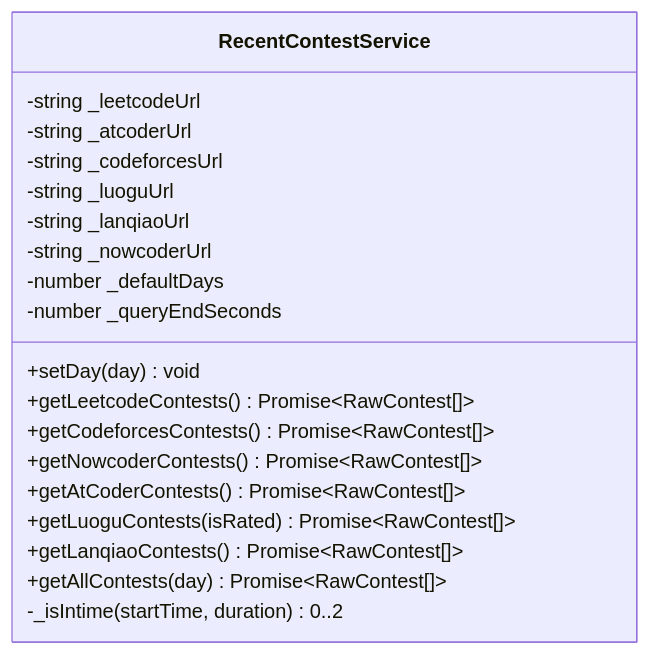
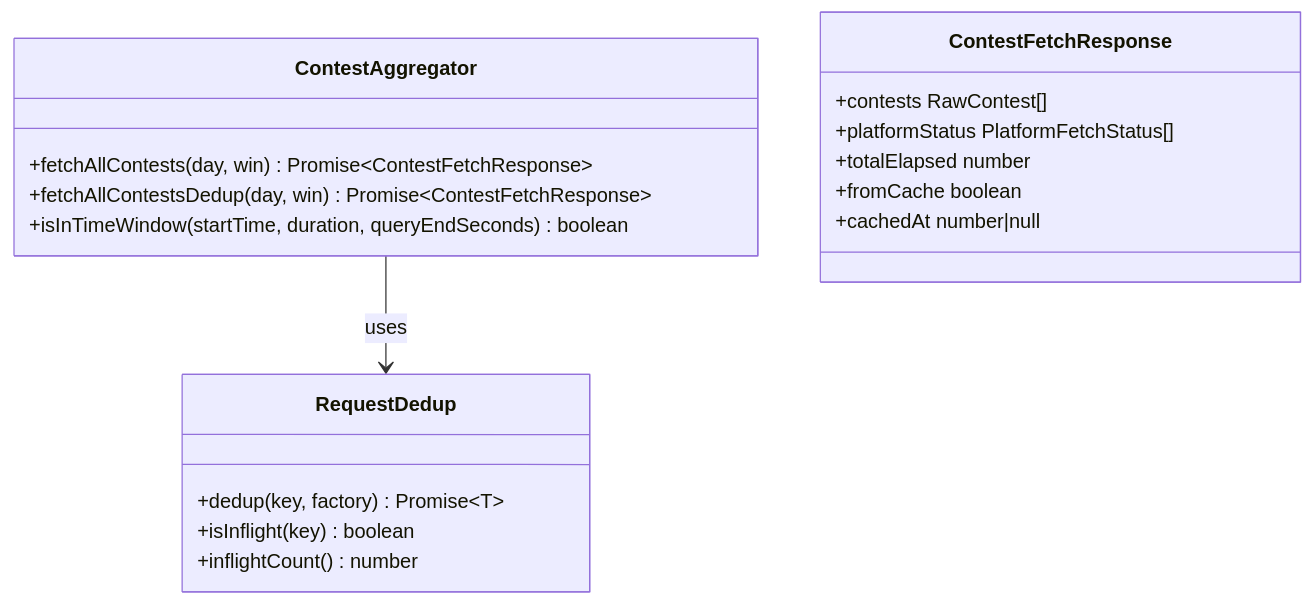
One commit to Siborne/OJFlow changed the third of 7 diagrams in .qoder/repowiki/zh/content/API参考/服务层API/服务层API.md. Above: the diagram before and after it, drawn with Mermaid. The commit also changed other lines of this file and 23 other files, not shown here.

````diff
--- a/.qoder/repowiki/zh/content/API参考/服务层API/服务层API.md
+++ b/.qoder/repowiki/zh/content/API参考/服务层API/服务层API.md
@@ -209,22 +210,21 @@
 ```mermaid
 classDiagram
-class RecentContestService {
--string _leetcodeUrl
--string _atcoderUrl
--string _codeforcesUrl
--string _luoguUrl
--string _lanqiaoUrl
--string _nowcoderUrl
--number _defaultDays
--number _queryEndSeconds
-+setDay(day) void
-+getLeetcodeContests() Promise~RawContest[]~
-+getCodeforcesContests() Promise~RawContest[]~
-+getNowcoderContests() Promise~RawContest[]~
-+getAtCoderContests() Promise~RawContest[]~
-+getLuoguContests(isRated) Promise~RawContest[]~
-+getLanqiaoContests() Promise~RawContest[]~
-+getAllContests(day) Promise~RawContest[]~
--_isIntime(startTime, duration) 0..2
+class ContestAggregator {
++fetchAllContests(day, win) Promise~ContestFetchResponse~
++fetchAllContestsDedup(day, win) Promise~ContestFetchResponse~
++isInTimeWindow(startTime, duration, queryEndSeconds) boolean
 }
+class RequestDedup {
++dedup(key, factory) Promise~T~
++isInflight(key) boolean
++inflightCount() number
+}
+class ContestFetchResponse {
++contests RawContest[]
++platformStatus PlatformFetchStatus[]
++totalElapsed number
++fromCache boolean
++cachedAt number|null
+}
+ContestAggregator --> RequestDedup : uses
 ```
````
